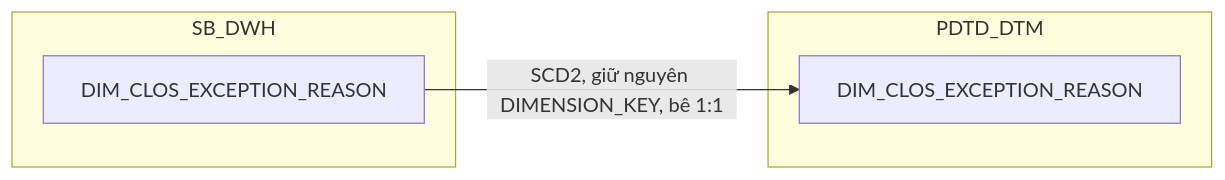
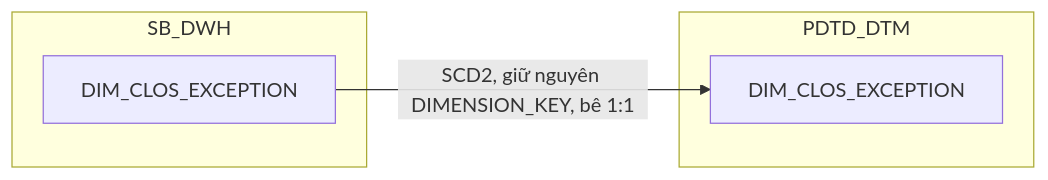
The sixth of 18 diagrams in hld/hld_review/HLD_DIM_PDTD_DTM_review.md (chien1198/sb-mapping-gen), drawn with Mermaid before and after one commit. The commit also changed other lines of this file and 183 other files, not shown here.

````diff
--- a/hld/hld_review/HLD_DIM_PDTD_DTM_review.md
+++ b/hld/hld_review/HLD_DIM_PDTD_DTM_review.md
@@ -305,10 +270,10 @@
 ```mermaid
 flowchart LR
     subgraph SB_DWH
-        D["DIM_CLOS_EXCEPTION_REASON"]
+        D["DIM_CLOS_EXCEPTION"]
     end
     subgraph PDTD_DTM
-        E["DIM_CLOS_EXCEPTION_REASON"]
+        E["DIM_CLOS_EXCEPTION"]
     end
     D -->|SCD2, giữ nguyên DIMENSION_KEY, bê 1:1| E
 ```
````
